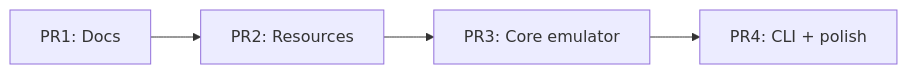
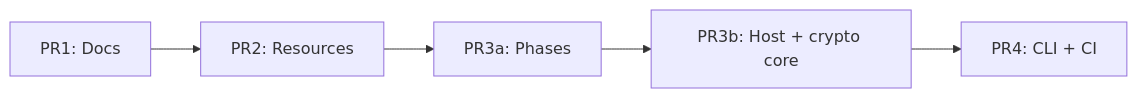
Before and after one commit to RfidResearchGroup/proxmark3: the diagram in doc/planning/UPSTREAM-PR-SPLIT-PLAN.md, drawn with Mermaid. The commit also changed other lines of this file, not shown here.

Commit message:
docs: formalize five-PR upstream split (3a/3b core)

````diff
--- a/doc/planning/UPSTREAM-PR-SPLIT-PLAN.md
+++ b/doc/planning/UPSTREAM-PR-SPLIT-PLAN.md
@@ -31,6 +50,7 @@
 ```mermaid
 graph LR
   U1[PR1: Docs] --> U2[PR2: Resources]
-  U2 --> U3[PR3: Core emulator]
-  U3 --> U4[PR4: CLI + polish]
+  U2 --> U3a[PR3a: Phases]
+  U3a --> U3b[PR3b: Host + crypto core]
+  U3b --> U4[PR4: CLI + CI]
 ```
````
